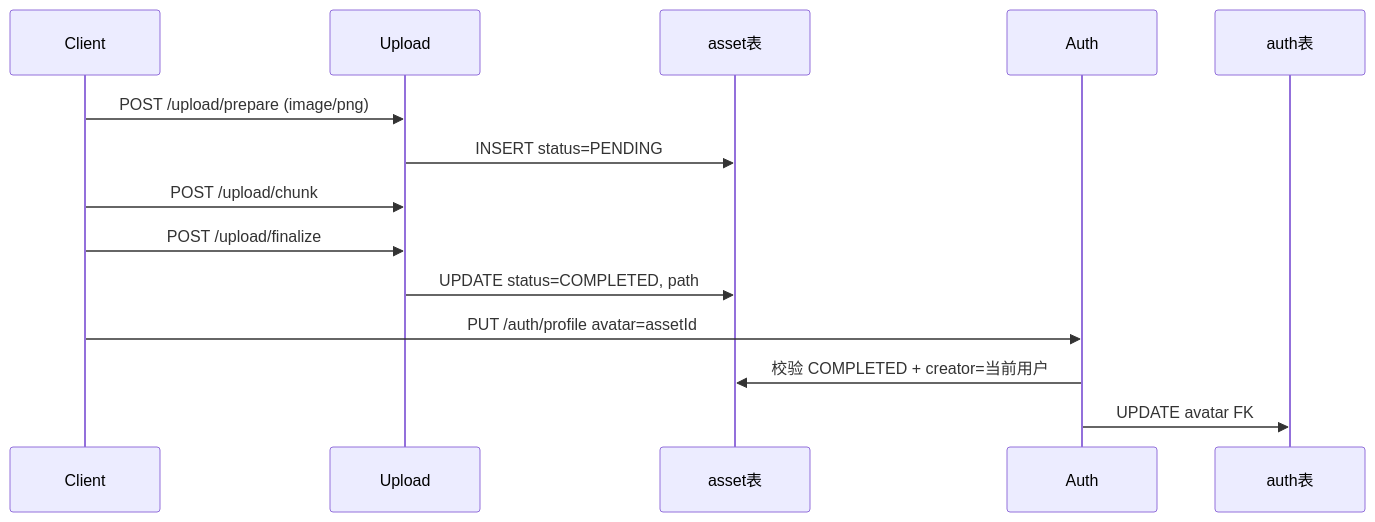
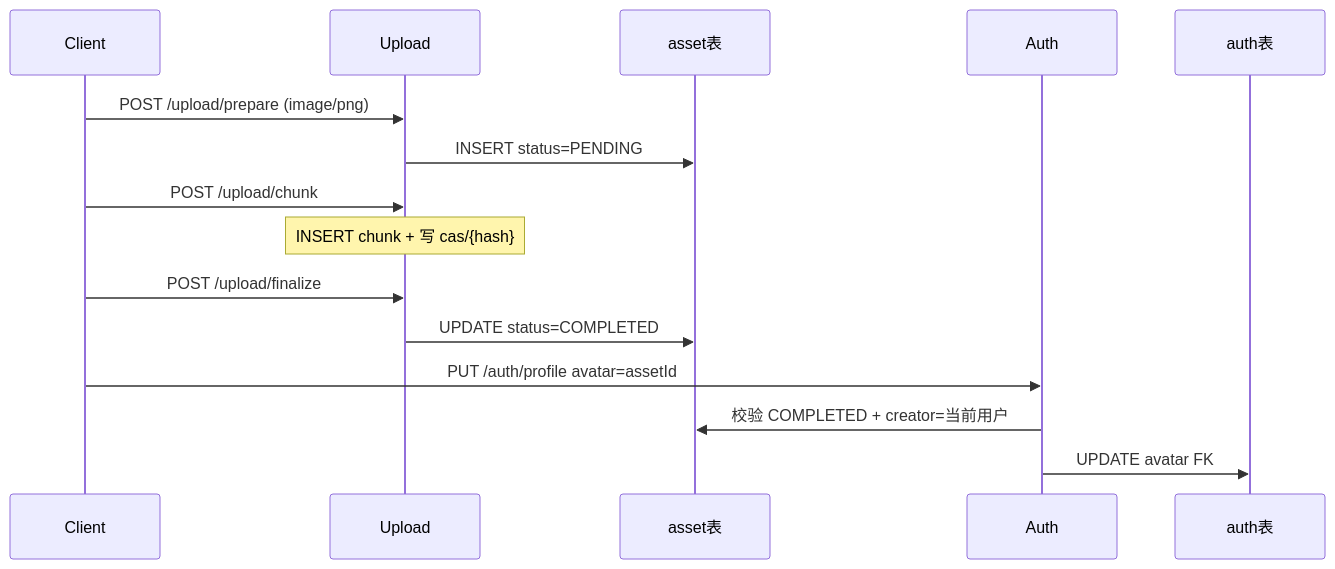
Before and after one commit to layenbrank/i-thinking: the second of 2 diagrams in guide/database.md, drawn with Mermaid. The commit also changed other lines of this file and 24 other files, not shown here.

First line of the commit message:
feat(upload): chunk 表、本人列表与按 id 流式下载 (#3)

````diff
--- a/guide/database.md
+++ b/guide/database.md
@@ -91,17 +104,18 @@
 ```mermaid
 sequenceDiagram
   participant Client
   participant Upload
   participant Asset as asset表
   participant Auth
   participant AuthTbl as auth表
 
   Client->>Upload: POST /upload/prepare (image/png)
   Upload->>Asset: INSERT status=PENDING
   Client->>Upload: POST /upload/chunk
+  Note over Upload: INSERT chunk + 写 cas/{hash}
   Client->>Upload: POST /upload/finalize
-  Upload->>Asset: UPDATE status=COMPLETED, path
+  Upload->>Asset: UPDATE status=COMPLETED
   Client->>Auth: PUT /auth/profile avatar=assetId
   Auth->>Asset: 校验 COMPLETED + creator=当前用户
   Auth->>AuthTbl: UPDATE avatar FK
 ```
````
